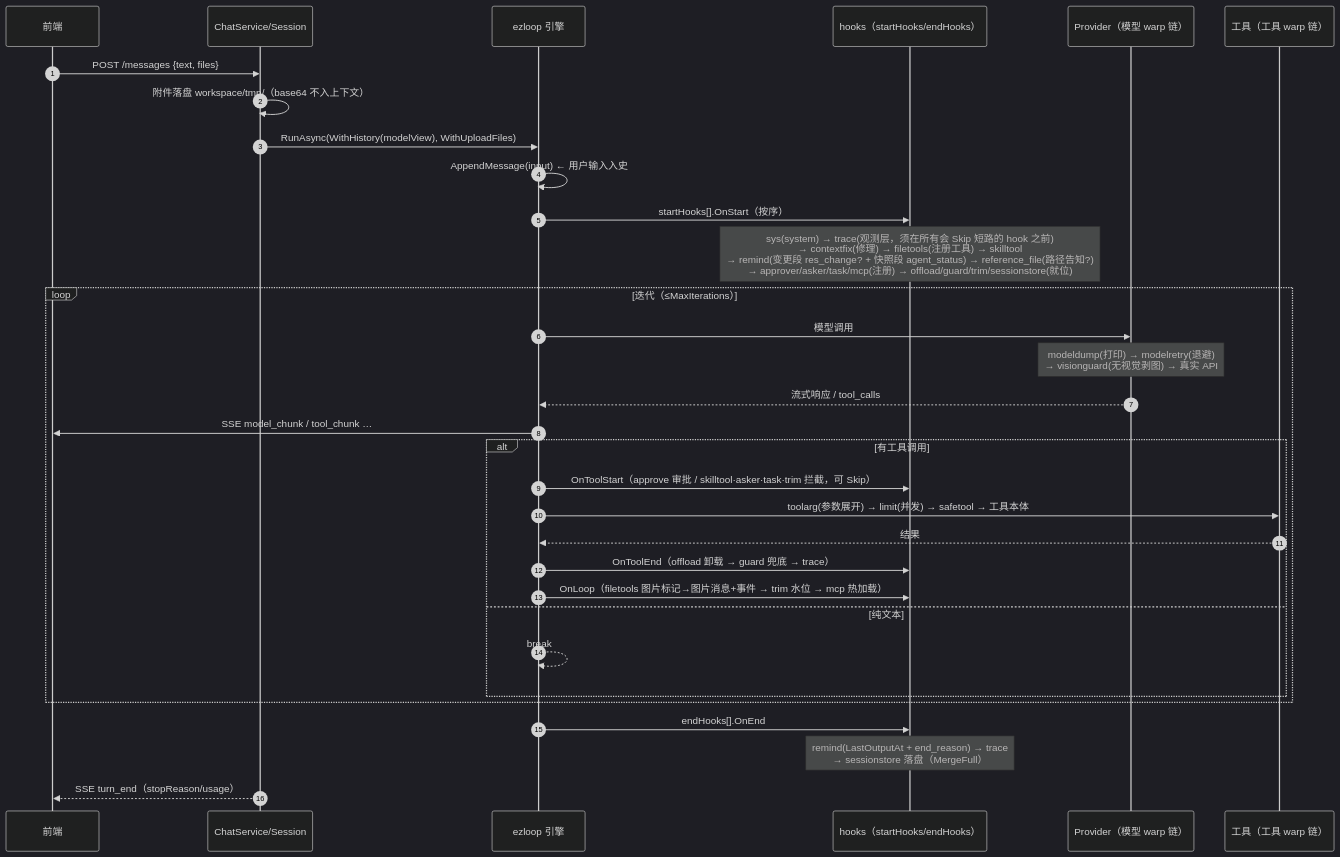
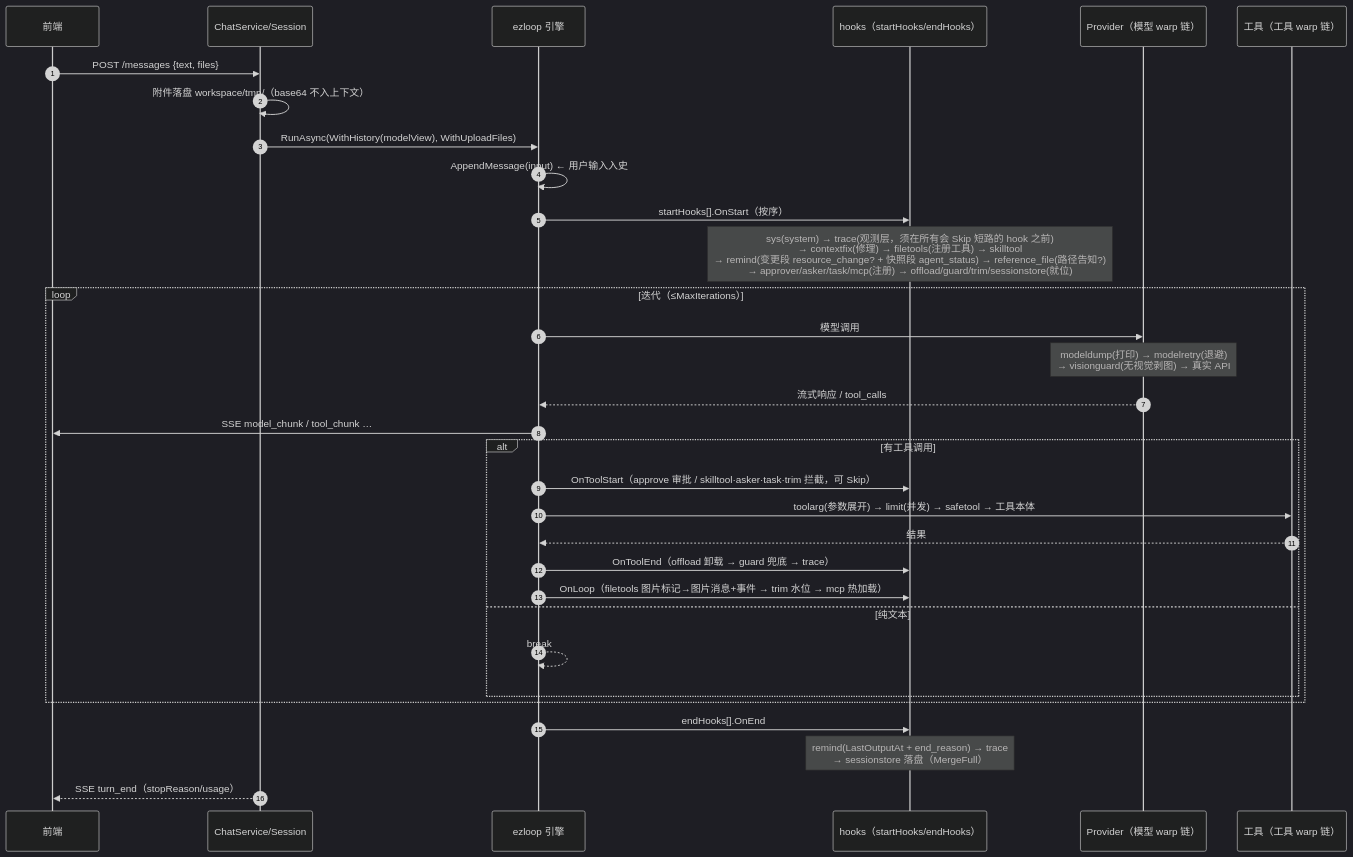
The first of 3 diagrams in docs/md/runtime.md (xuanlv2002/ezharness), drawn with Mermaid (dark theme) before and after one commit. The commit also changed other lines of this file and 30 other files, not shown here.

````diff
--- a/docs/md/runtime.md
+++ b/docs/md/runtime.md
@@ -7,38 +7,38 @@
 ```mermaid
 sequenceDiagram
     autonumber
     participant FE as 前端
     participant CS as ChatService/Session
     participant E as ezloop 引擎
     participant HK as hooks（startHooks/endHooks）
     participant P as Provider（模型 warp 链）
     participant T as 工具（工具 warp 链）
 
     FE->>CS: POST /messages {text, files}
     CS->>CS: 附件落盘 workspace/tmp/（base64 不入上下文）
     CS->>E: RunAsync(WithHistory(modelView), WithUploadFiles)
 
     E->>E: AppendMessage(input)  ← 用户输入入史
     E->>HK: startHooks[].OnStart（按序）
-    Note over HK: sys(system) → trace(观测层，须在所有会 Skip 短路的 hook 之前)<br/>→ contextfix(修理) → filetools(注册工具) → skilltool<br/>→ remind(变更段 res_change? + 快照段 agent_status) → reference_file(路径告知?)<br/>→ approver/asker/task/mcp(注册) → offload/guard/trim/sessionstore(就位)
+    Note over HK: sys(system) → trace(观测层，须在所有会 Skip 短路的 hook 之前)<br/>→ contextfix(修理) → filetools(注册工具) → skilltool<br/>→ remind(变更段 resource_change? + 快照段 agent_status) → reference_file(路径告知?)<br/>→ approver/asker/task/mcp(注册) → offload/guard/trim/sessionstore(就位)
 
     loop 迭代（≤MaxIterations）
         E->>P: 模型调用
         Note over P: modeldump(打印) → modelretry(退避)<br/>→ visionguard(无视觉剥图) → 真实 API
         P-->>E: 流式响应 / tool_calls
         E->>FE: SSE model_chunk / tool_chunk …
         alt 有工具调用
             E->>HK: OnToolStart（approve 审批 / skilltool·asker·task·trim 拦截，可 Skip）
             E->>T: toolarg(参数展开) → limit(并发) → safetool → 工具本体
             T-->>E: 结果
             E->>HK: OnToolEnd（offload 卸载 → guard 兜底 → trace）
             E->>HK: OnLoop（filetools 图片标记→图片消息+事件 → trim 水位 → mcp 热加载）
         else 纯文本
             E-->>E: break
         end
     end
 
     E->>HK: endHooks[].OnEnd
     Note over HK: remind(LastOutputAt + end_reason) → trace<br/>→ sessionstore 落盘（MergeFull）
     CS-->>FE: SSE turn_end（stopReason/usage）
 ```
````
